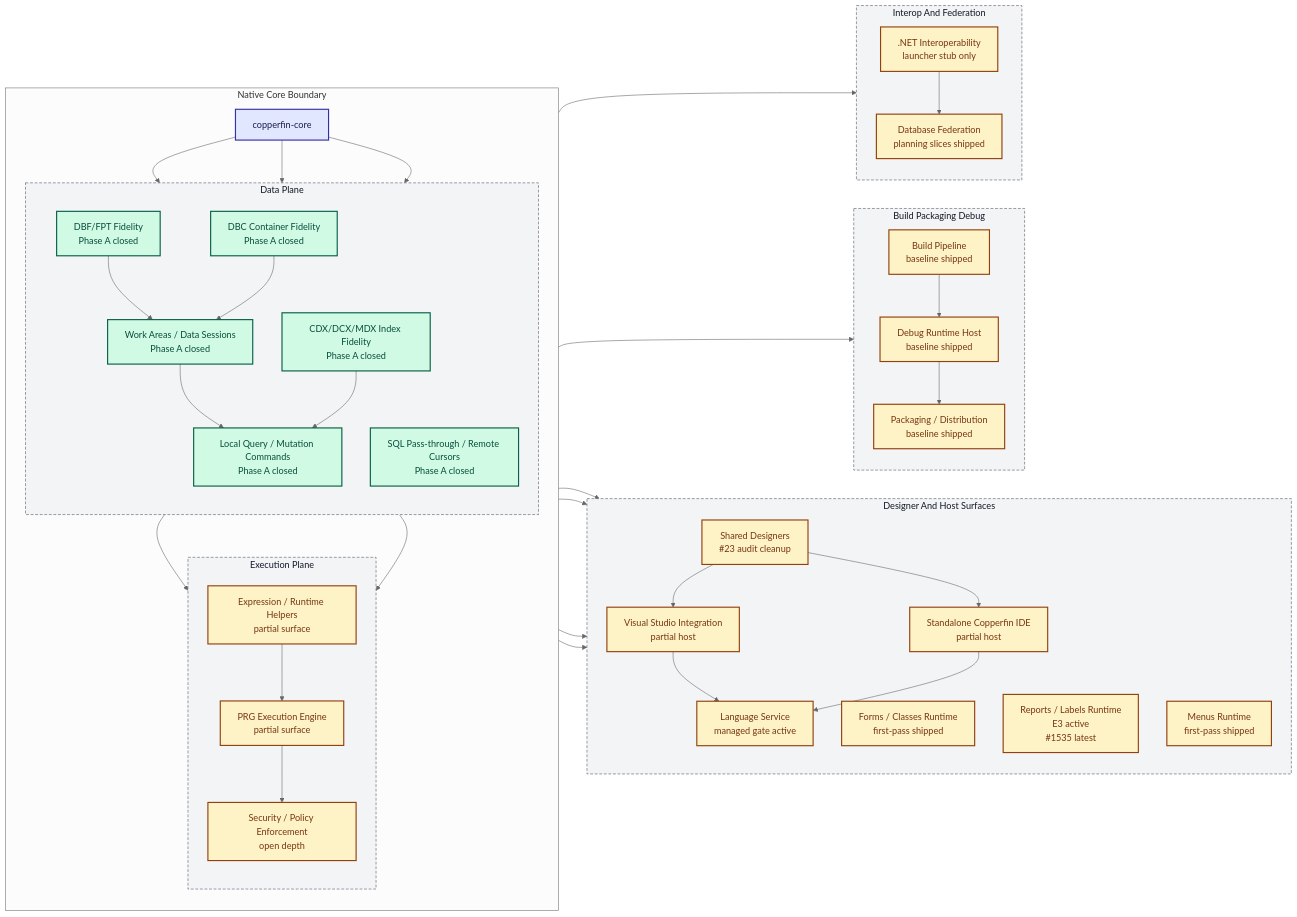
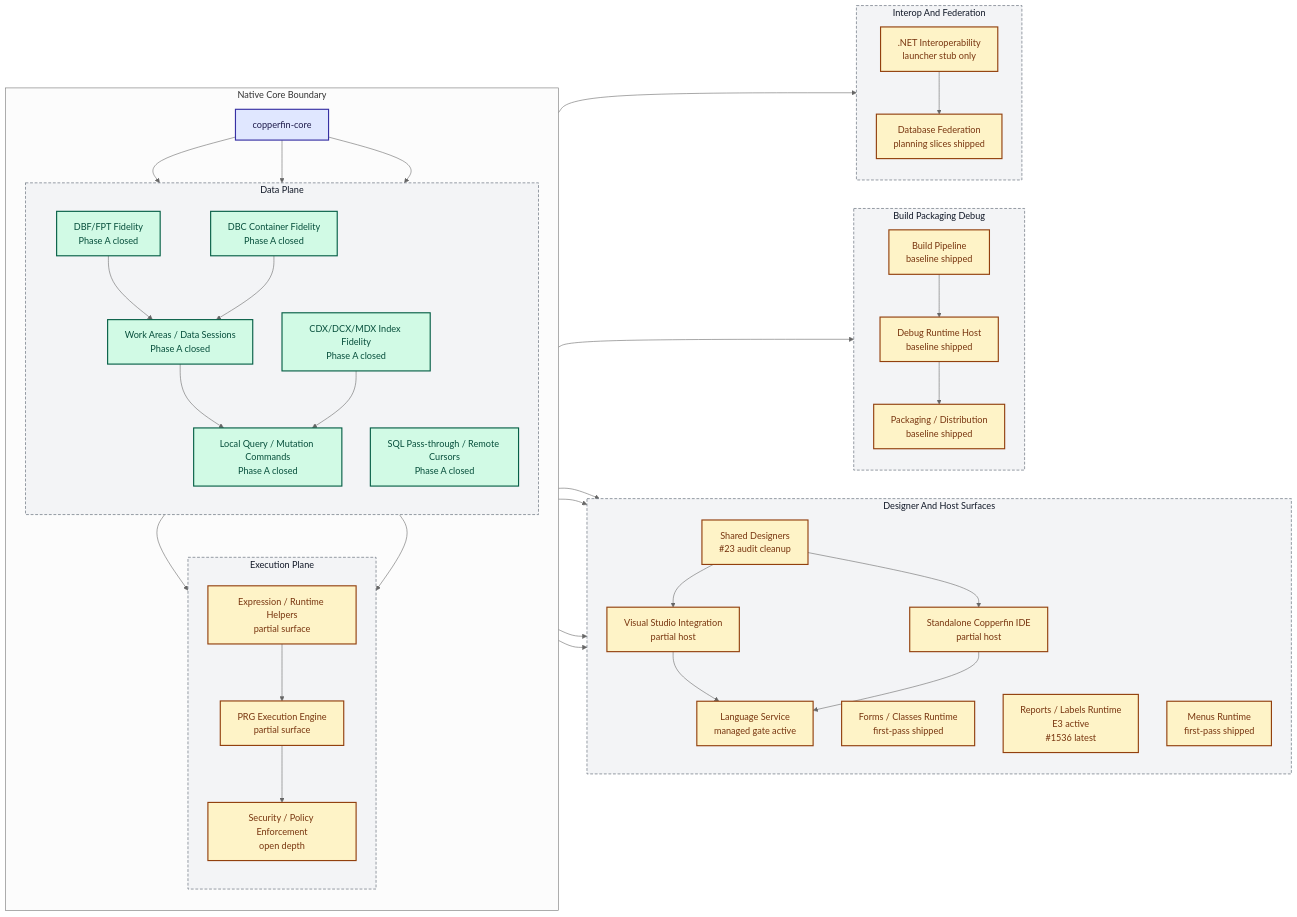
Before and after one commit to rhamenator/Project-Copperfin: the diagram in docs/02-architecture.md, drawn with Mermaid (neutral theme). The commit also changed 7 other files, not shown here.

```diff
--- a/docs/02-architecture.md
+++ b/docs/02-architecture.md
@@ -36,7 +36,7 @@
         direction TB
         DES["Shared Designers<br/>#23 audit cleanup"]
         FORMS["Forms / Classes Runtime<br/>first-pass shipped"]
-        RPT["Reports / Labels Runtime<br/>E3 active<br/>#1535 latest"]
+        RPT["Reports / Labels Runtime<br/>E3 active<br/>#1536 latest"]
         MENU["Menus Runtime<br/>first-pass shipped"]
         VS["Visual Studio Integration<br/>partial host"]
         IDE["Standalone Copperfin IDE<br/>partial host"]
```
